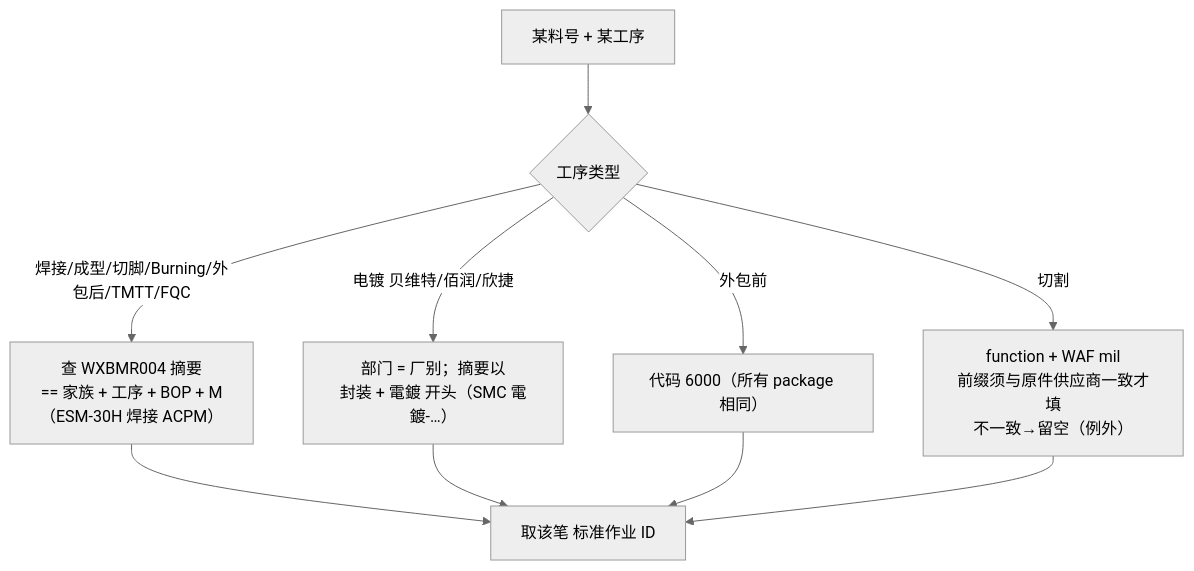
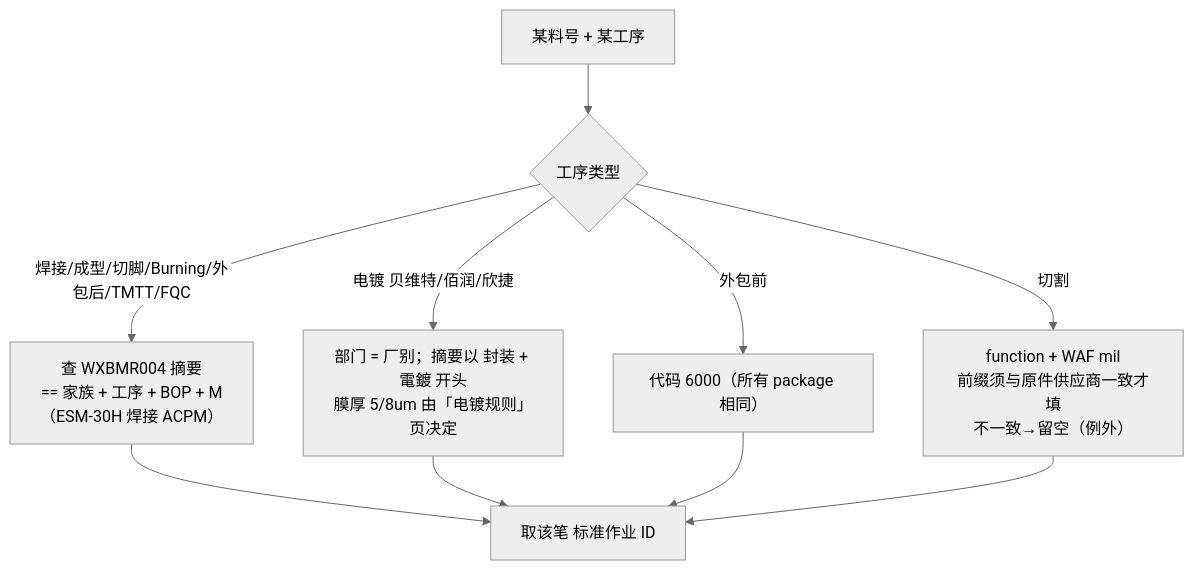
Before and after one commit to Aken-Teams/auto-bom: the seventh of 7 diagrams in docs/现行Mapping规则与流程.md, drawn with Mermaid (neutral theme). The commit also changed other lines of this file and 24 other files, not shown here.

````diff
--- a/docs/现行Mapping规则与流程.md
+++ b/docs/现行Mapping规则与流程.md
@@ -179,12 +189,12 @@
 ```mermaid
 flowchart TD
     W["某料号 + 某工序"] --> T{"工序类型"}
     T -- "焊接/成型/切脚/Burning/外包后/TMTT/FQC" --> A["查 WXBMR004 摘要<br/>== 家族 + 工序 + BOP + M<br/>（ESM-30H 焊接 ACPM）"]
-    T -- "电镀 贝维特/佰润/欣捷" --> B["部门 = 厂别；摘要以<br/>封装 + 電鍍 开头（SMC 電鍍-…）"]
+    T -- "电镀 贝维特/佰润/欣捷" --> B["部门 = 厂别；摘要以 封装 + 電鍍 开头<br/>膜厚 5/8um 由「电镀规则」页决定"]
     T -- "外包前" --> C["代码 6000（所有 package 相同）"]
     T -- "切割" --> D["function + WAF mil<br/>前缀须与原件供应商一致才填<br/>不一致→留空（例外）"]
     A --> E["取该笔 标准作业 ID"]
     B --> E
     C --> E
     D --> E
 ```
````
